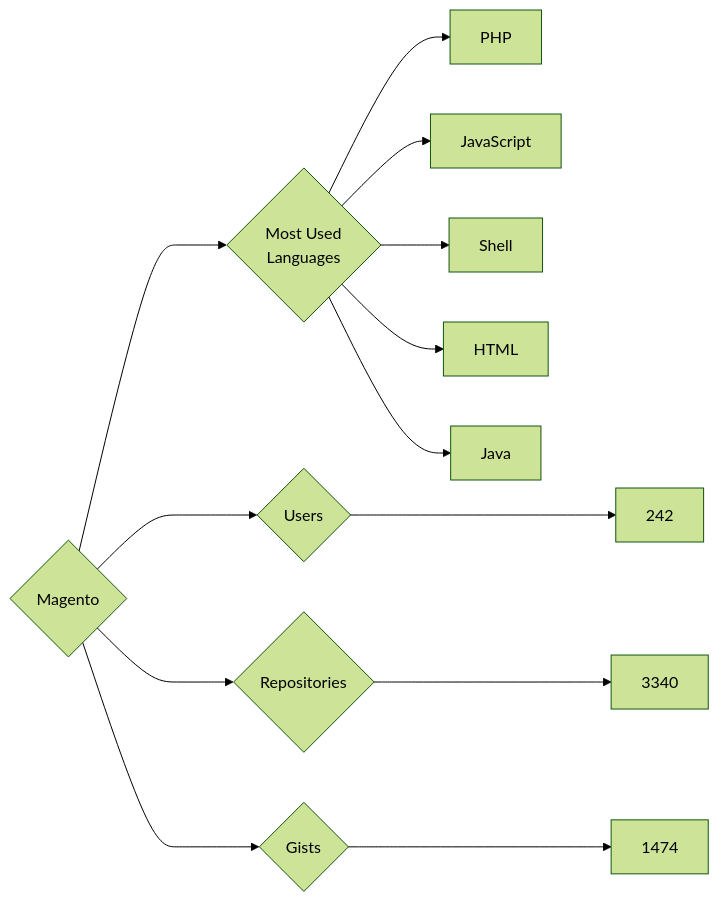
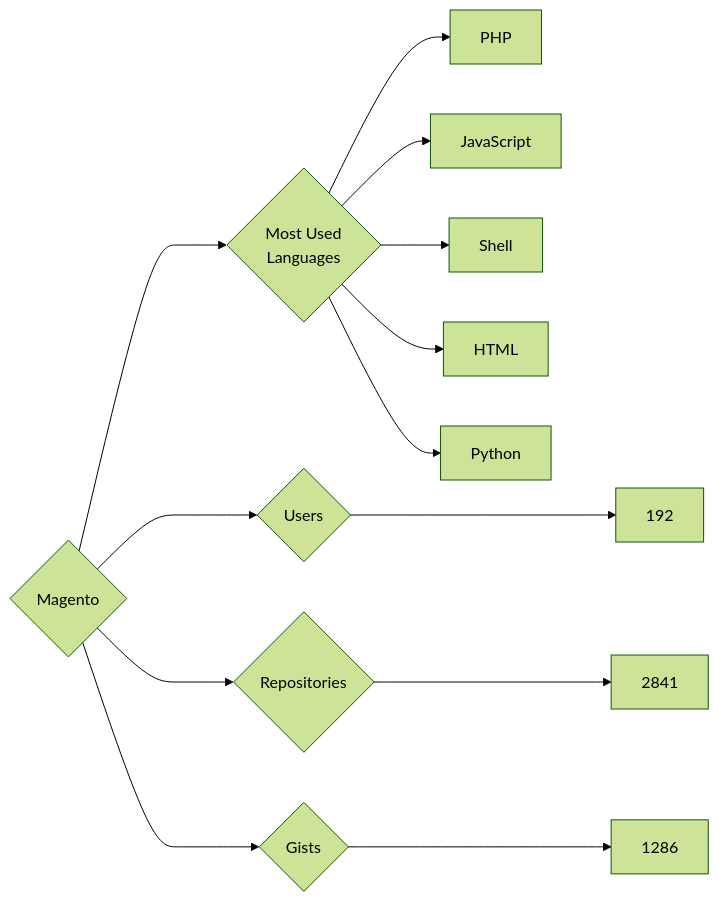
The diagram in targets/Magento/README.md (trickest/insiders), drawn with Mermaid (forest theme) before and after one commit. The commit also changed 681 other files, not shown here.

````diff
--- a/targets/Magento/README.md
+++ b/targets/Magento/README.md
@@ -3,13 +3,13 @@
 ```mermaid
 graph LR
 COMPANY_NAME{Magento}
-COMPANY_NAME ---> U{Users} ---> UN[242]
-COMPANY_NAME ---> R{Repositories} ---> RN[3340]
-COMPANY_NAME ---> G{Gists} ---> GN[1474]
+COMPANY_NAME ---> U{Users} ---> UN[192]
+COMPANY_NAME ---> R{Repositories} ---> RN[2841]
+COMPANY_NAME ---> G{Gists} ---> GN[1286]
 COMPANY_NAME ---> ML{Most Used<br>Languages}
 ML --> PHP[PHP]
 ML --> JavaScript[JavaScript]
 ML --> Shell[Shell]
 ML --> HTML[HTML]
-ML --> Java[Java]
+ML --> Python[Python]
 ```
````
